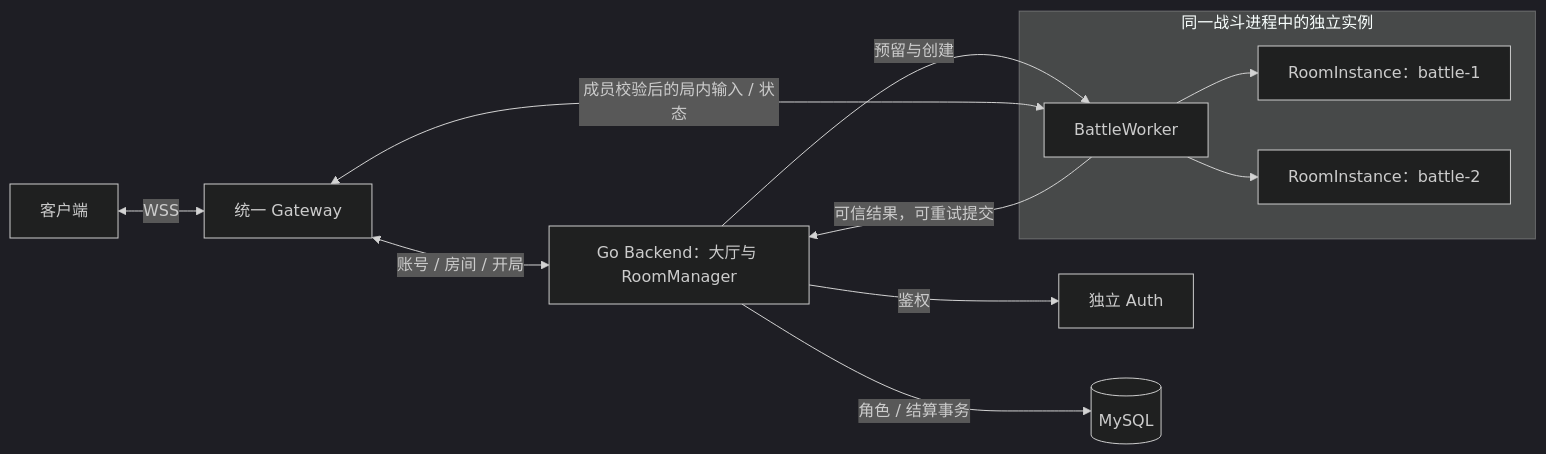
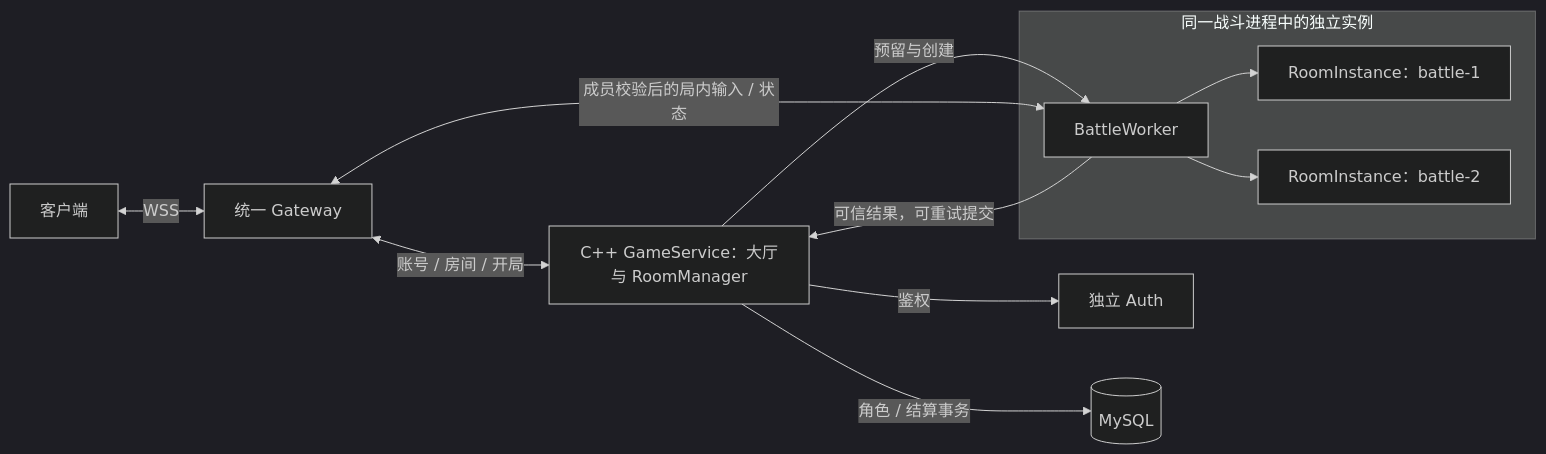
The first of 2 diagrams in docs/ROOM_ARCHITECTURE_REFERENCE.md (dravenlove/mmo-server), drawn with Mermaid (dark theme) before and after one commit. The commit also changed other lines of this file and 3 other files, not shown here.

````diff
--- a/docs/ROOM_ARCHITECTURE_REFERENCE.md
+++ b/docs/ROOM_ARCHITECTURE_REFERENCE.md
@@ -52,14 +52,14 @@
 ```mermaid
 flowchart LR
     C[客户端] <-->|WSS| G[统一 Gateway]
-    G <-->|账号 / 房间 / 开局| B[Go Backend：大厅与 RoomManager]
+    G <-->|账号 / 房间 / 开局| B[C++ GameService：大厅与 RoomManager]
     B -->|鉴权| A[独立 Auth]
     B -->|预留与创建| W[BattleWorker]
     G <-->|成员校验后的局内输入 / 状态| W
     subgraph WORKER[同一战斗进程中的独立实例]
         W --> R1[RoomInstance：battle-1]
         W --> R2[RoomInstance：battle-2]
     end
     W -->|可信结果，可重试提交| B
     B -->|角色 / 结算事务| D[(MySQL)]
 ```
````
